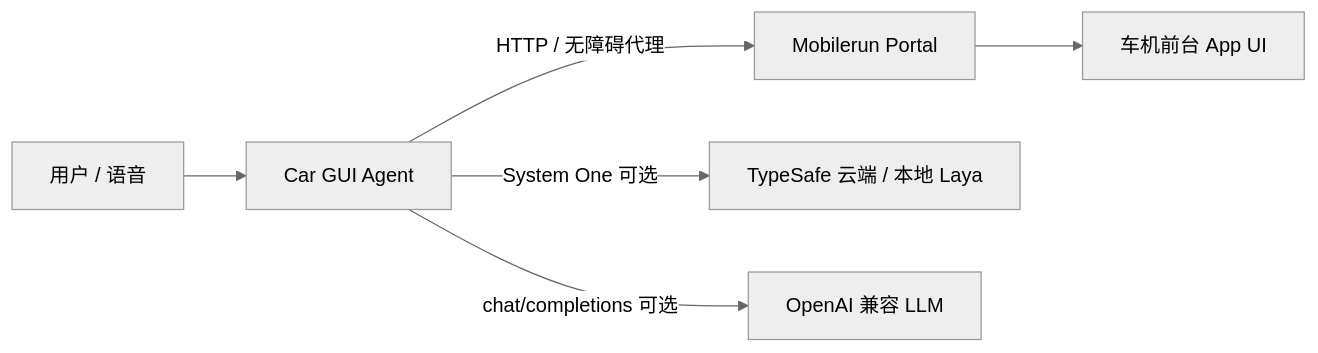
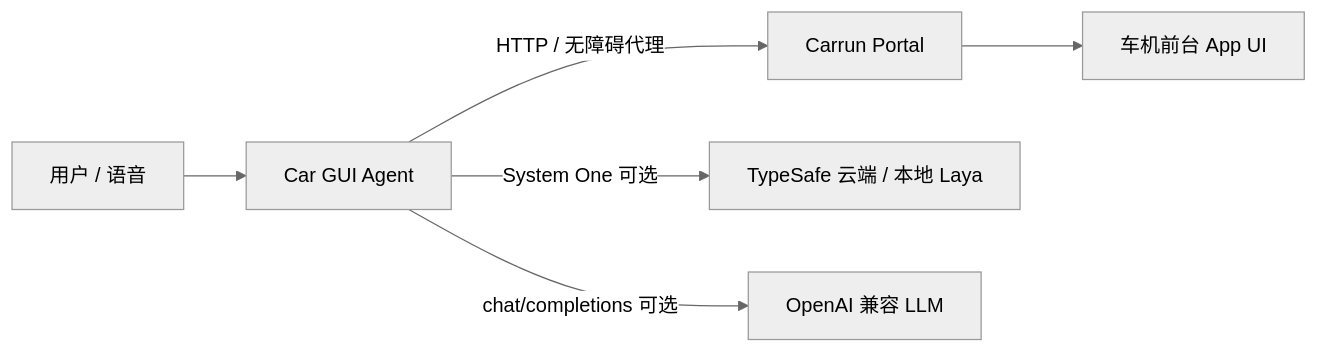
One commit to tonywang78/mobilerun-portal changed the first of 9 diagrams in docs/car-agent-execution.md. Above: the diagram before and after it, drawn with Mermaid (neutral theme). The commit also changed other lines of this file and 717 other files, not shown here.

First line of the commit message:
refactor!: rename Mobilerun to Carrun

````diff
--- a/docs/car-agent-execution.md
+++ b/docs/car-agent-execution.md
@@ -7,8 +7,8 @@
 ```mermaid
 flowchart LR
   User[用户 / 语音] --> Agent[Car GUI Agent]
-  Agent -->|"HTTP / 无障碍代理"| Portal[Mobilerun Portal]
+  Agent -->|"HTTP / 无障碍代理"| Portal[Carrun Portal]
   Portal --> UI[车机前台 App UI]
   Agent -->|"System One 可选"| SysOne[TypeSafe 云端 / 本地 Laya]
   Agent -->|"chat/completions 可选"| OpenAI[OpenAI 兼容 LLM]
 ```
````
